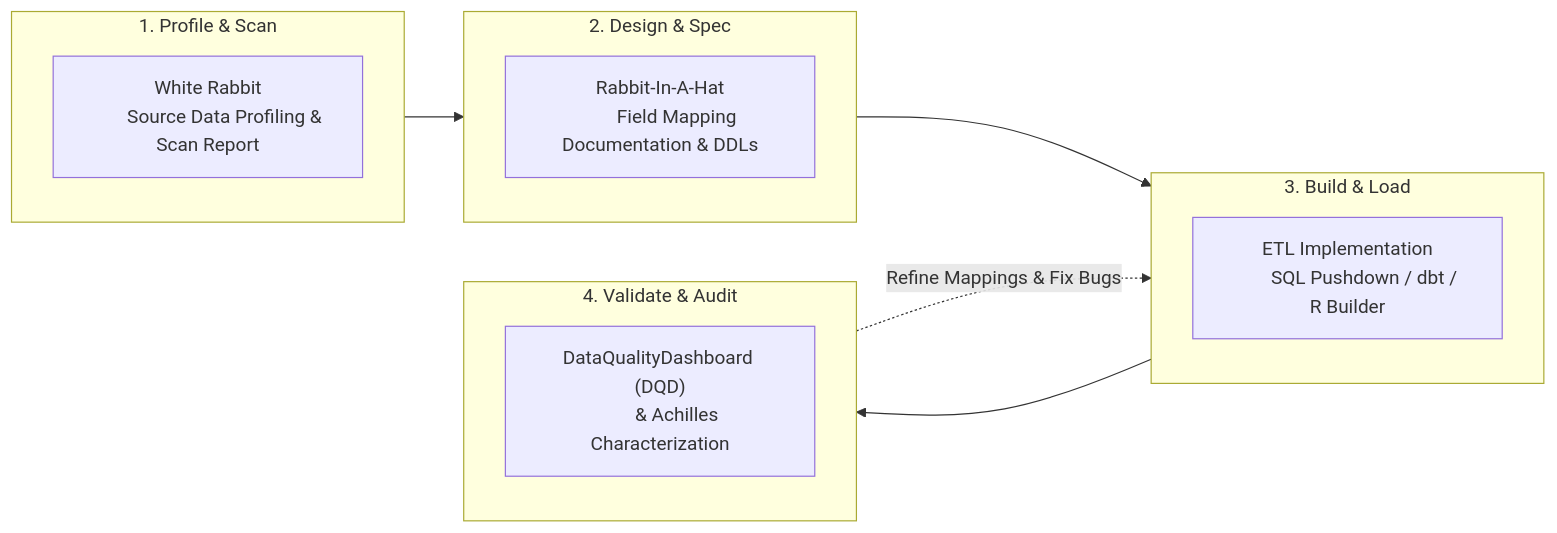
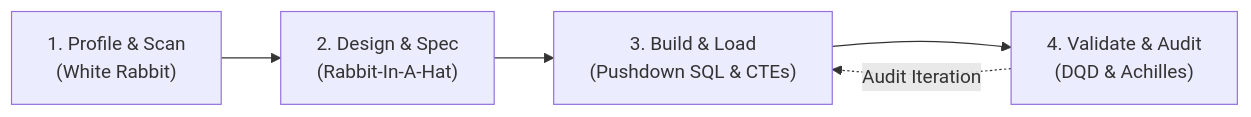
The third of 4 diagrams in docs/data_enablement/02_etl_and_data_quality.md (iomedhealth/OmopAnalyticsGuide), drawn with Mermaid before and after one commit. The commit also changed other lines of this file, not shown here.

Commit message:
docs: refine OMOP ETL and data quality guide with narrative lifecycle and tools

````diff
--- a/docs/data_enablement/02_etl_and_data_quality.md
+++ b/docs/data_enablement/02_etl_and_data_quality.md
@@ -81,25 +105,13 @@
 ```mermaid
 flowchart LR
-    subgraph Phase1["1. Profile & Scan"]
-        WR["White Rabbit
-        Source Data Profiling & Scan Report"]
-    end
-
-    subgraph Phase2["2. Design & Spec"]
-        RH["Rabbit-In-A-Hat
-        Field Mapping Documentation & DDLs"]
-    end
-
-    subgraph Phase3["3. Build & Load"]
-        SQL["ETL Implementation
-        SQL Pushdown / dbt / R Builder"]
-    end
-
-    subgraph Phase4["4. Validate & Audit"]
-        QA["DataQualityDashboard (DQD)
-        & Achilles Characterization"]
-    end
-
-    Phase1 --> Phase2 --> Phase3 --> Phase4
-    Phase4 -.->|"Refine Mappings & Fix Bugs"| Phase3
+    P1["1. Profile & Scan
+    (White Rabbit)"]
+    --> P2["2. Design & Spec
+    (Rabbit-In-A-Hat)"]
+    --> P3["3. Build & Load
+    (Pushdown SQL & CTEs)"]
+    --> P4["4. Validate & Audit
+    (DQD & Achilles)"]
+    
+    P4 -.->|"Audit Iteration"| P3
 ```
````
